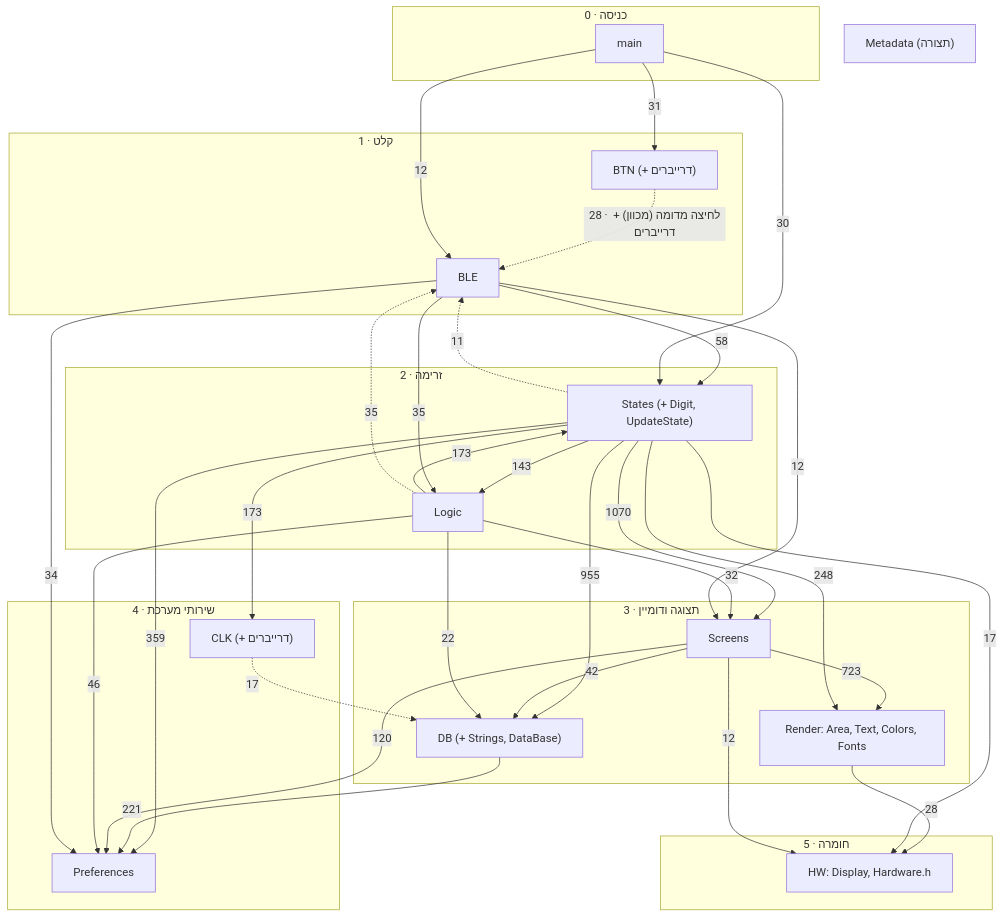
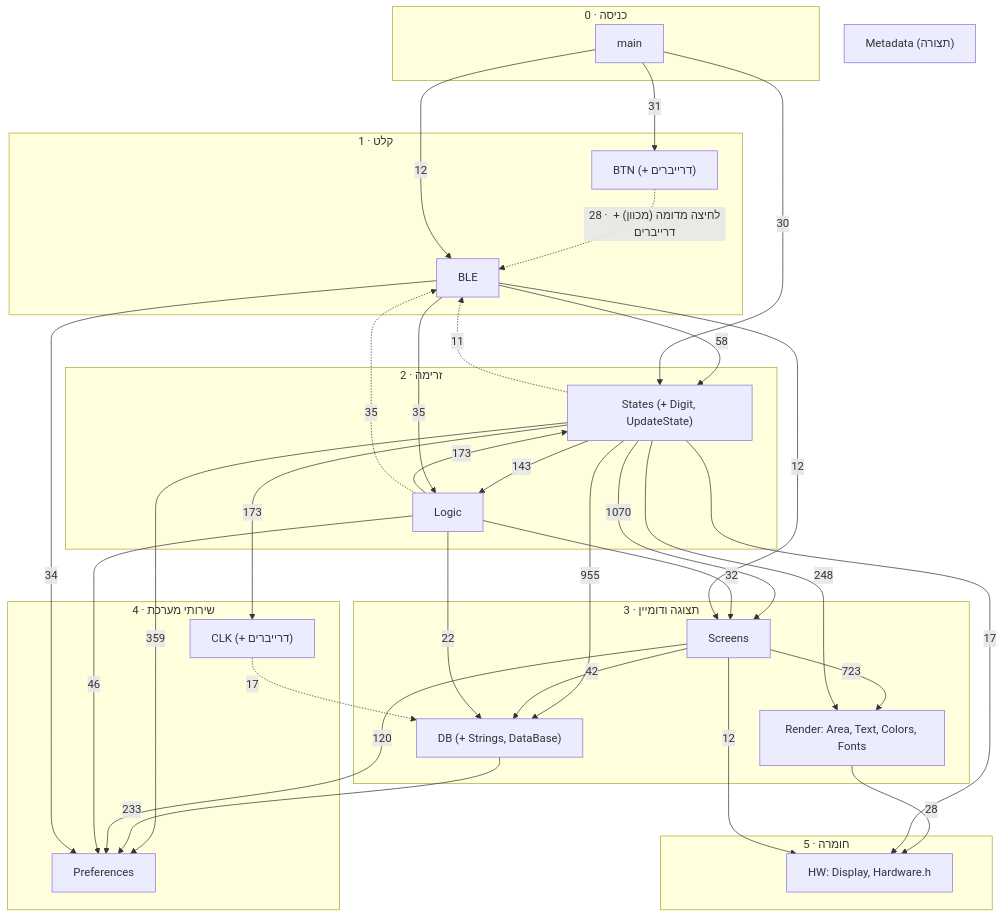
Before and after one commit to yeudap/ledhaarets-fw: the first of 9 diagrams in docs/architecture/dependencies.md, drawn with Mermaid. The commit also changed other lines of this file and 4 other files, not shown here.

````diff
--- a/docs/architecture/dependencies.md
+++ b/docs/architecture/dependencies.md
@@ -122,56 +122,56 @@
 ```mermaid
 flowchart TD
   subgraph L0["0 · כניסה"]
     MAIN["main"]
   end
   subgraph L1["1 · קלט"]
     BLE["BLE"]
     BTN["BTN (+ דרייברים)"]
   end
   subgraph L2["2 · זרימה"]
     LOGIC["Logic"]
     STATES["States (+ Digit, UpdateState)"]
   end
   subgraph L3["3 · תצוגה ודומיין"]
     SCREENS["Screens"]
     RENDER["Render: Area, Text, Colors, Fonts"]
     DB["DB (+ Strings, DataBase)"]
   end
   subgraph L4["4 · שירותי מערכת"]
     PREFS["Preferences"]
     CLK["CLK (+ דרייברים)"]
   end
   subgraph L5["5 · חומרה"]
     HW["HW: Display, Hardware.h"]
   end
   META["Metadata (תצורה)"]
 
   STATES -->|1070| SCREENS
   STATES -->|955| DB
   SCREENS -->|723| RENDER
   STATES -->|359| PREFS
   STATES -->|248| RENDER
-  DB -->|221| PREFS
+  DB -->|233| PREFS
   LOGIC -->|173| STATES
   STATES -->|173| CLK
   STATES -->|143| LOGIC
   SCREENS -->|120| PREFS
   BLE -->|58| STATES
   LOGIC -->|46| PREFS
   SCREENS -->|42| DB
   BLE -->|35| LOGIC
   LOGIC -.->|35| BLE
   BLE -->|34| PREFS
   LOGIC -->|32| SCREENS
   MAIN -->|31| BTN
   MAIN -->|30| STATES
   RENDER -->|28| HW
   BTN -.->|"28 · לחיצה מדומה (מכוון) + דרייברים"| BLE
   LOGIC -->|22| DB
   CLK -.->|17| DB
   STATES -->|17| HW
   MAIN -->|12| BLE
   BLE -->|12| SCREENS
   SCREENS -->|12| HW
   STATES -.->|11| BLE
 ```
````
